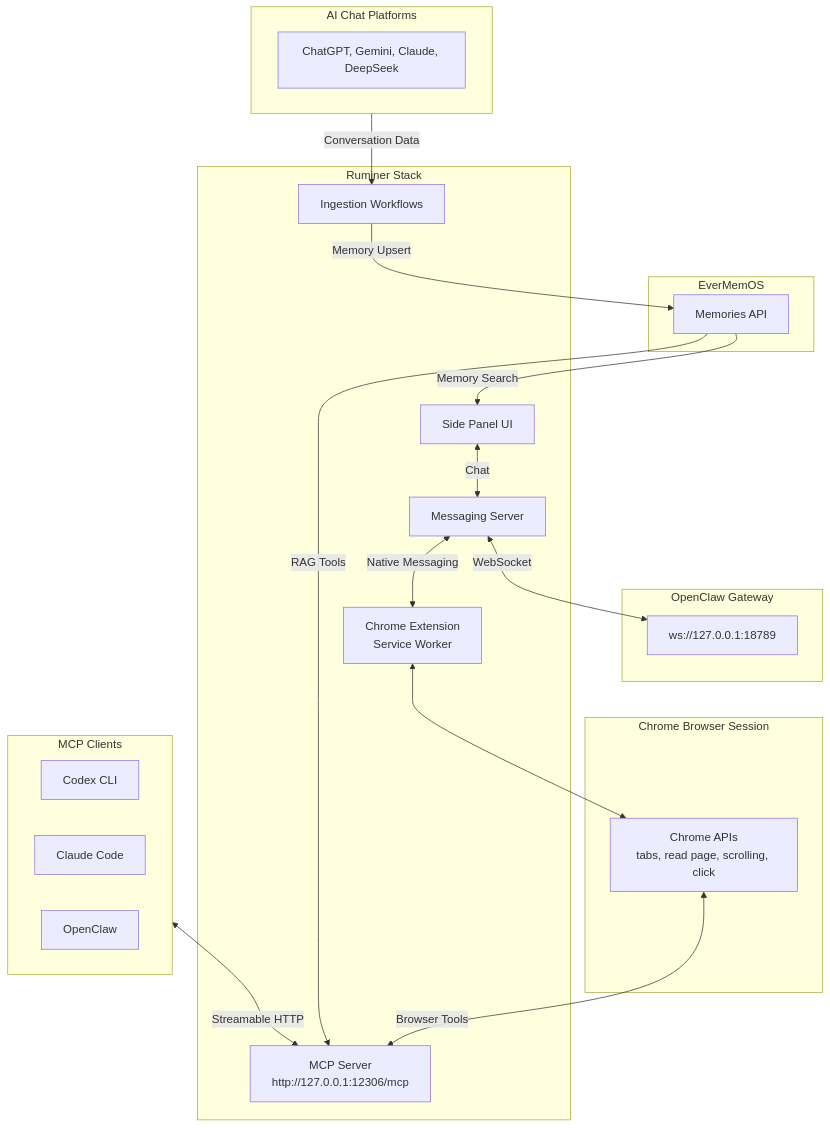
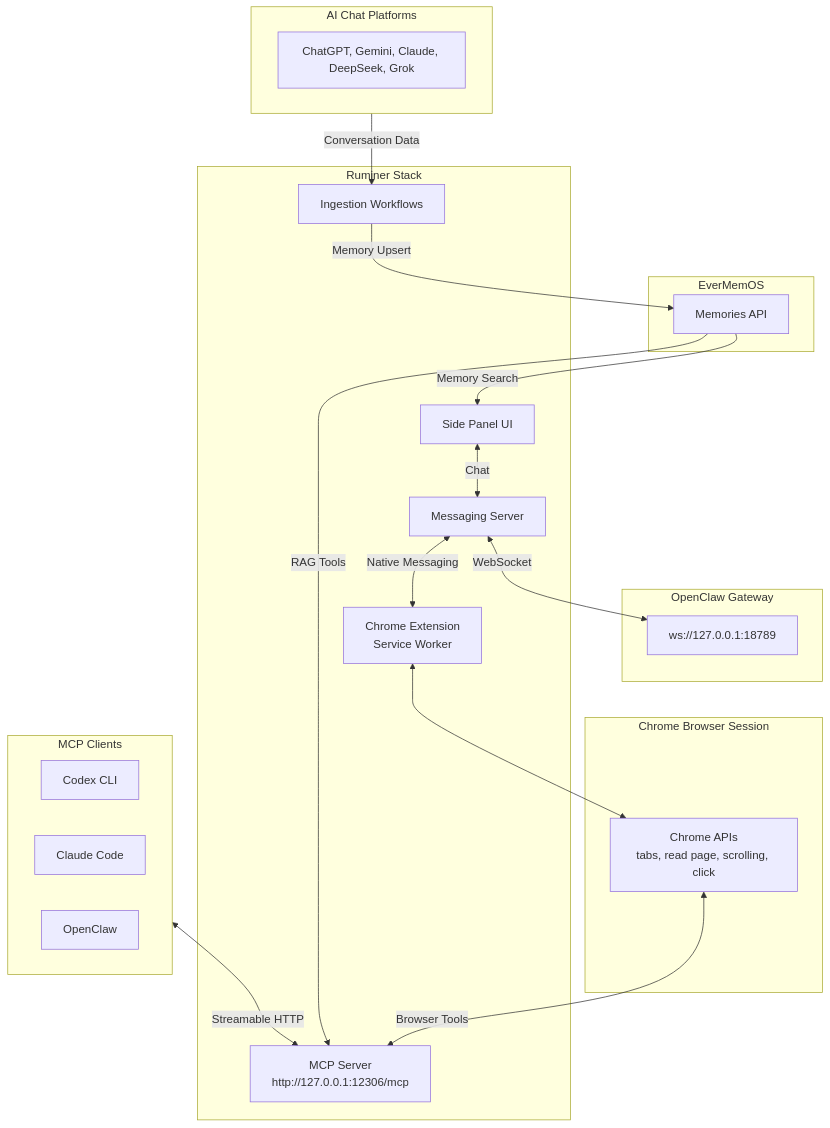
One commit to casterkay/ruminer-browser-agent changed the diagram in README.md. Above: the diagram before and after it, drawn with Mermaid. The commit also changed other lines of this file and 24 other files, not shown here.

````diff
--- a/README.md
+++ b/README.md
@@ -25,47 +25,47 @@
 ```mermaid
 flowchart TB
     subgraph MCP_Clients[MCP Clients]
         Codex[Codex CLI]
         ClaudeCode[Claude Code]
         OpenClawPlugin[OpenClaw]
     end
 
     subgraph OpenClaw[OpenClaw Gateway]
         Gateway[ws://127.0.0.1:18789]
     end
 
     subgraph Ruminer[Ruminer Stack]
         NativeServer[Messaging Server]
         McpServer[MCP Server<br/>http://127.0.0.1:12306/mcp]
         Extension[Chrome Extension<br/>Service Worker]
         Sidepanel[Side Panel UI]
         Workflows[Ingestion Workflows]
     end
 
     subgraph Chrome[Chrome Browser Session]
         APIs[Chrome APIs<br/>tabs, read page, scrolling, click]
     end
 
     subgraph Memory[EverMemOS]
         EMOS[Memories API]
     end
 
     subgraph AIPlatforms[AI Chat Platforms]
-        ChatPlatforms[ChatGPT, Gemini, Claude, DeepSeek]
+        ChatPlatforms[ChatGPT, Gemini, Claude, DeepSeek, Grok]
     end
 
     MCP_Clients <-->|"Streamable HTTP"| McpServer
     APIs <-->|"Browser Tools"| McpServer
     EMOS -->|"RAG Tools"| McpServer
 
     NativeServer <-->|"Native Messaging"| Extension
     Extension <--> APIs
 
     Sidepanel <-->|"Chat"| NativeServer
     NativeServer <-->|"WebSocket"| Gateway
 
     Workflows -->|"Memory Upsert"| EMOS
     EMOS -->|"Memory Search"| Sidepanel
 
     AIPlatforms -->|"Conversation Data"| Workflows
 ```
````
